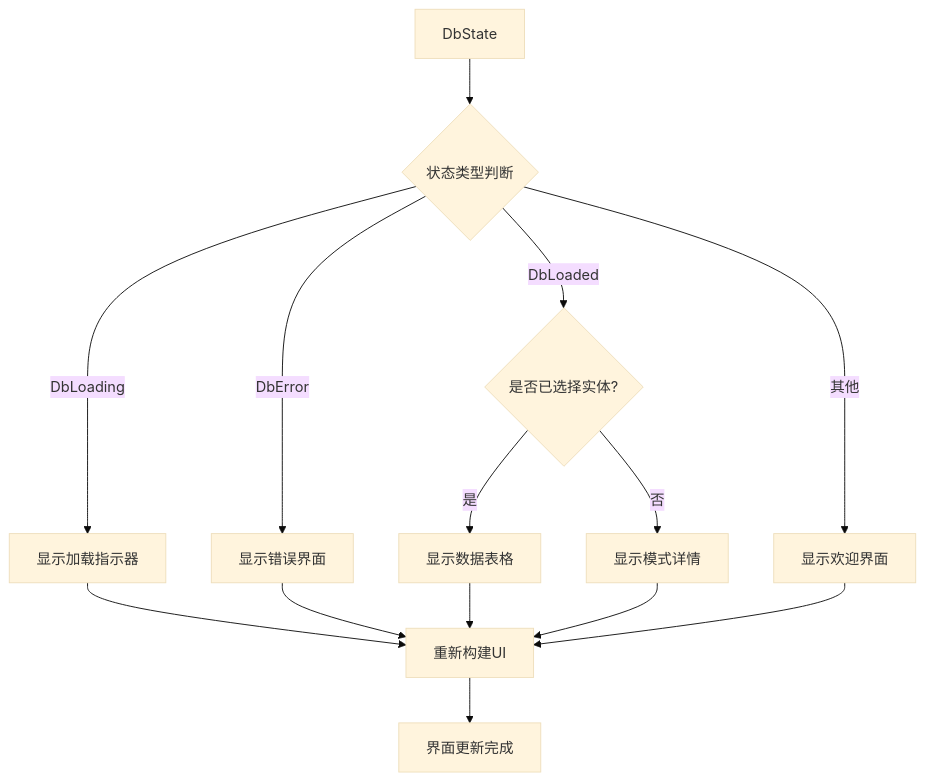
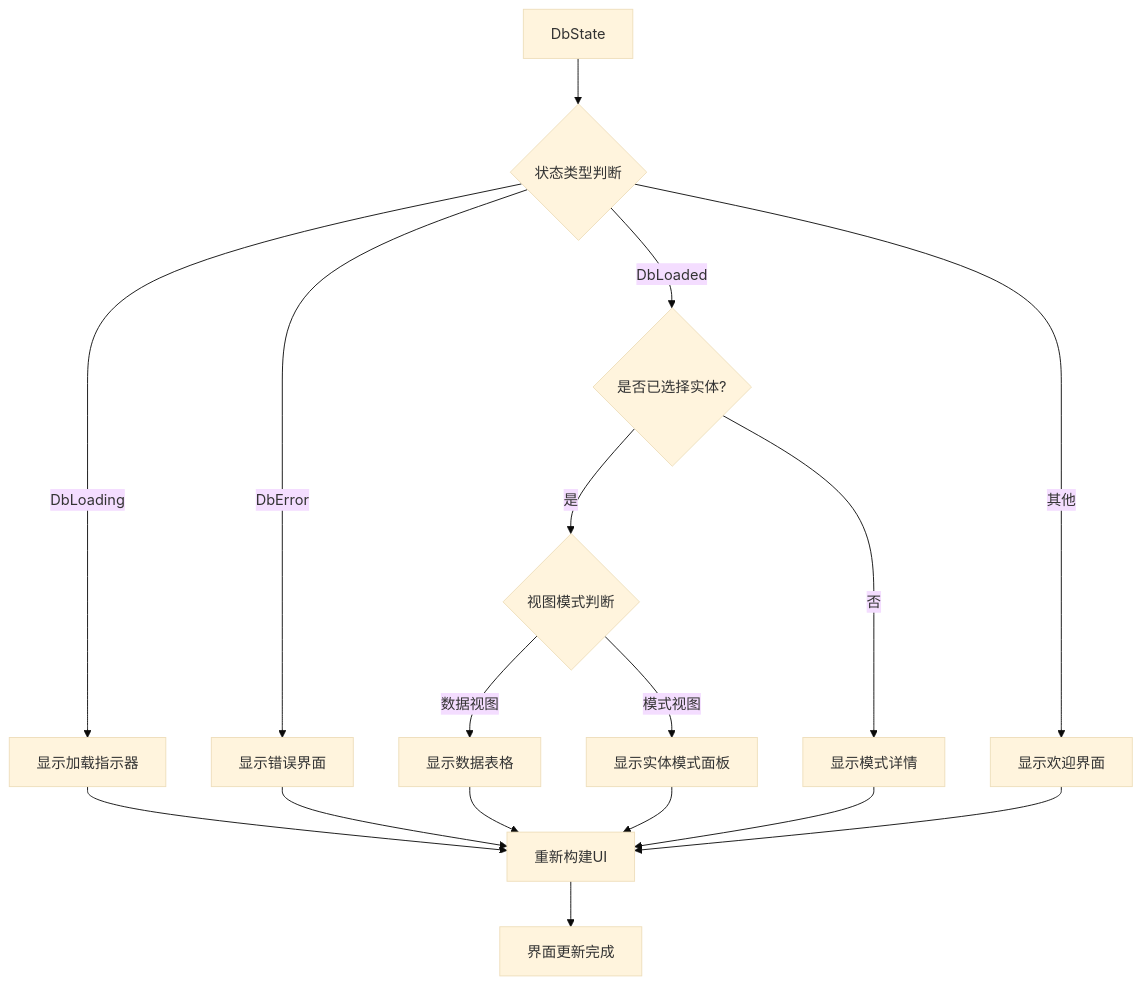
The tenth of 15 diagrams in .qoder/repowiki/zh/content/架构设计/状态管理设计.md (kongpf8848/objectbox_viewer), drawn with Mermaid (base theme) before and after one commit. The commit also changed other lines of this file and 9 other files, not shown here.

````diff
--- a/.qoder/repowiki/zh/content/架构设计/状态管理设计.md
+++ b/.qoder/repowiki/zh/content/架构设计/状态管理设计.md
@@ -286,16 +375,19 @@
 ```mermaid
 flowchart TD
 STATE[DbState] --> CHECK{状态类型判断}
 CHECK --> |DbLoading| LOADING[显示加载指示器]
 CHECK --> |DbError| ERROR[显示错误界面]
 CHECK --> |DbLoaded| CHECK_LOADED{是否已选择实体?}
 CHECK --> |其他| WELCOME[显示欢迎界面]
-CHECK_LOADED --> |是| TABLE[显示数据表格]
+CHECK_LOADED --> |是| CHECK_VIEW_MODE{视图模式判断}
 CHECK_LOADED --> |否| SCHEMA[显示模式详情]
+CHECK_VIEW_MODE --> |数据视图| TABLE[显示数据表格]
+CHECK_VIEW_MODE --> |模式视图| SCHEMA_PANEL[显示实体模式面板]
 LOADING --> RENDER[重新构建UI]
 ERROR --> RENDER
 TABLE --> RENDER
+SCHEMA_PANEL --> RENDER
 SCHEMA --> RENDER
 WELCOME --> RENDER
 RENDER --> END[界面更新完成]
 ```
````
